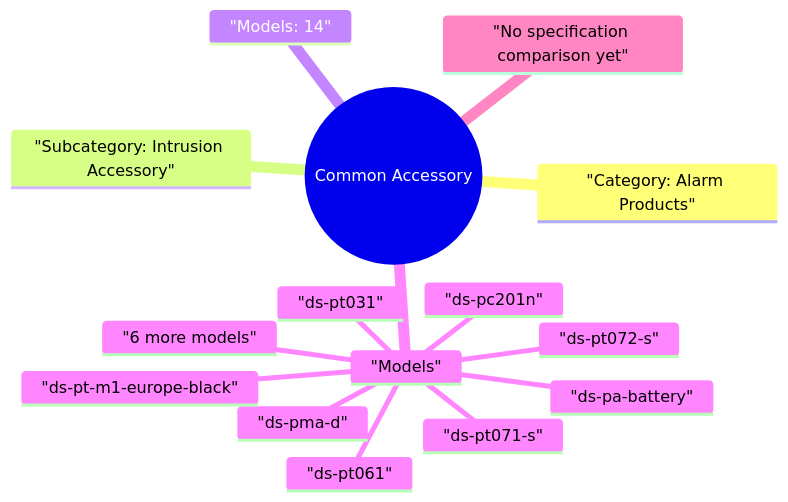
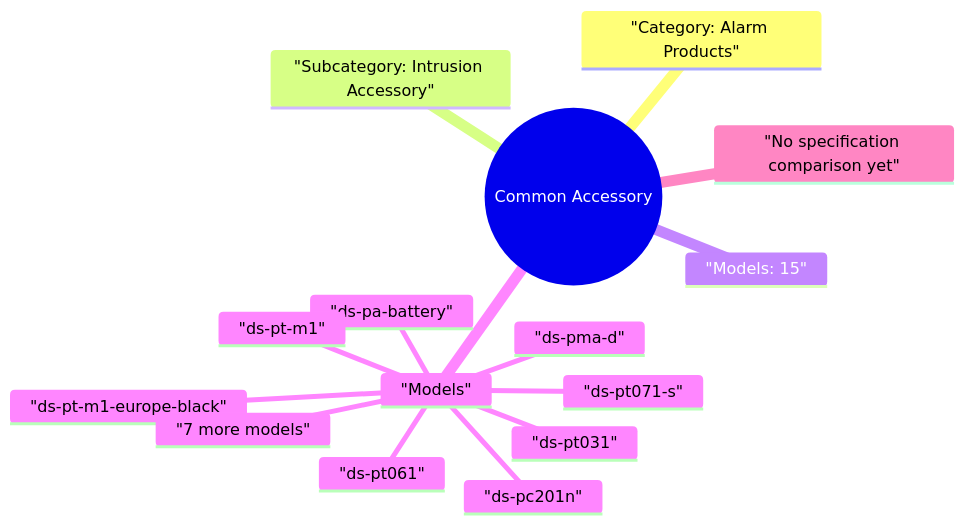
Before and after one commit to 123321step/hikvision-product-map: the diagram in site/mindmaps/en-alarm-products-intrusion-accessory-common-accessory.mmd, drawn with Mermaid. The commit also changed 21 other files, not shown here.

```diff
--- a/site/mindmaps/en-alarm-products-intrusion-accessory-common-accessory.mmd
+++ b/site/mindmaps/en-alarm-products-intrusion-accessory-common-accessory.mmd
@@ -1,16 +1,16 @@
 mindmap
   root(("Common Accessory"))
     "Category: Alarm Products"
     "Subcategory: Intrusion Accessory"
-    "Models: 14"
+    "Models: 15"
     "Models"
       "ds-pa-battery"
       "ds-pc201n"
       "ds-pma-d"
+      "ds-pt-m1"
       "ds-pt-m1-europe-black"
       "ds-pt031"
       "ds-pt061"
       "ds-pt071-s"
-      "ds-pt072-s"
-      "6 more models"
+      "7 more models"
     "No specification comparison yet"
```
